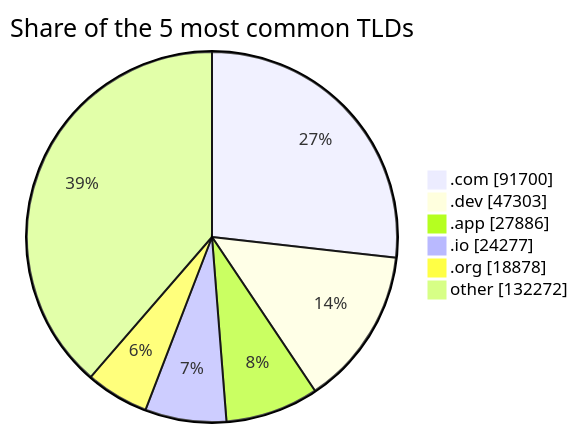
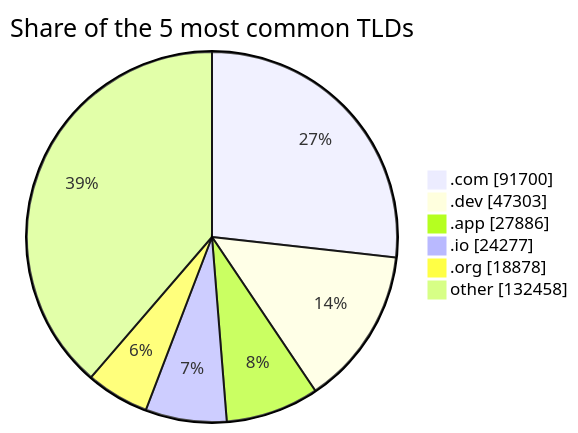
One commit to DNSBunker/CTI changed the third of 3 diagrams in README.md. Above: the diagram before and after it, drawn with Mermaid. The commit also changed other lines of this file and 3 other files, not shown here.

````diff
--- a/README.md
+++ b/README.md
@@ -81,9 +81,9 @@
 ```mermaid
 pie showData title Share of the 5 most common TLDs
     ".com" : 91700
     ".dev" : 47303
     ".app" : 27886
     ".io" : 24277
     ".org" : 18878
-    "other" : 132272
+    "other" : 132458
 ```
````
